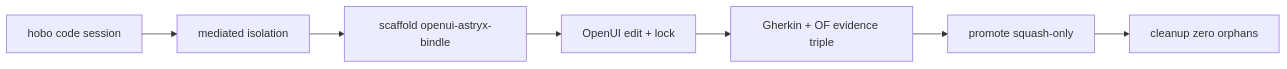
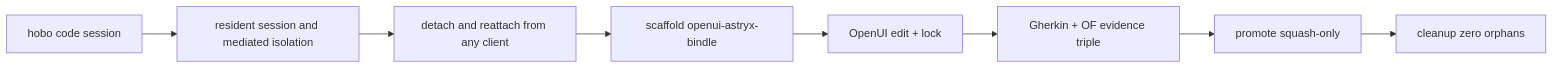
The diagram in src/draft/exp-proofs/dx/hobo-code-harness-experience/README.md (Tyler-R-Kendrick/HoBo), drawn with Mermaid before and after one commit. The commit also changed other lines of this file and 51 other files, not shown here.

First line of the commit message:
feat(code): define resident session control contracts (#1064)

````diff
--- a/src/draft/exp-proofs/dx/hobo-code-harness-experience/README.md
+++ b/src/draft/exp-proofs/dx/hobo-code-harness-experience/README.md
@@ -19,9 +21,10 @@
 ```mermaid
 flowchart LR
-  A[hobo code session] --> B[mediated isolation]
-  B --> C[scaffold openui-astryx-bindle]
-  C --> D[OpenUI edit + lock]
-  D --> E[Gherkin + OF evidence triple]
-  E --> F[promote squash-only]
-  F --> G[cleanup zero orphans]
+  A[hobo code session] --> B[resident session and mediated isolation]
+  B --> C[detach and reattach from any client]
+  C --> D[scaffold openui-astryx-bindle]
+  D --> E[OpenUI edit + lock]
+  E --> F[Gherkin + OF evidence triple]
+  F --> G[promote squash-only]
+  G --> H[cleanup zero orphans]
 ```
````
